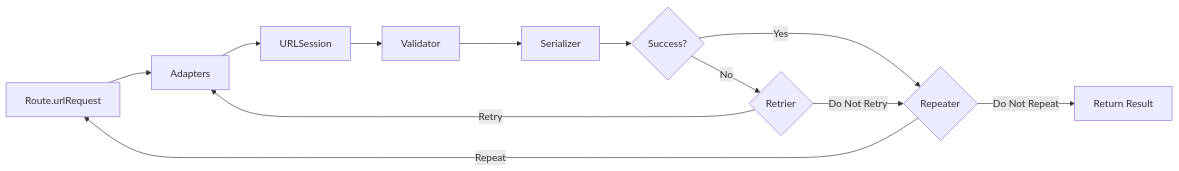
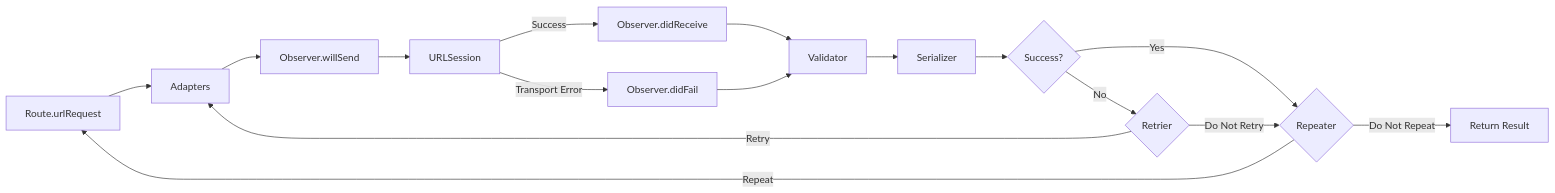
One commit to djk12587/PopNetworking changed the diagram in README.md. Above: the diagram before and after it, drawn with Mermaid. The commit also changed other lines of this file and 17 other files, not shown here.

First line of the commit message:
Add NetworkingTransportObserver, rename Modifiers → Hooks

````diff
--- a/README.md
+++ b/README.md
@@ -56,14 +58,18 @@
 ```mermaid
 flowchart LR
     A[Route.urlRequest] --> B[Adapters]
-    B --> C[URLSession]
-    C --> D[Validator]
+    B --> O1[Observer.willSend]
+    O1 --> C[URLSession]
+    C -- Success --> O2[Observer.didReceive]
+    C -- Transport Error --> O3[Observer.didFail]
+    O2 --> D[Validator]
+    O3 --> D
     D --> E[Serializer]
     E --> F{Success?}
     F -- Yes --> I{Repeater}
     F -- No --> H{Retrier}
     H -- Retry --> B
     H -- Do Not Retry --> I
     I -- Repeat --> A
     I -- Do Not Repeat --> G[Return Result]
 ```
````
